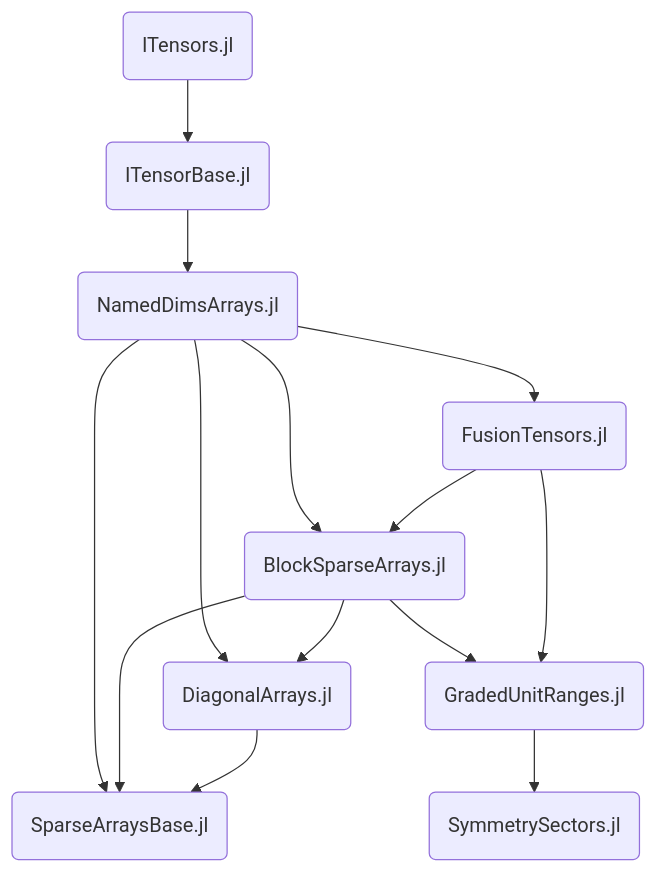
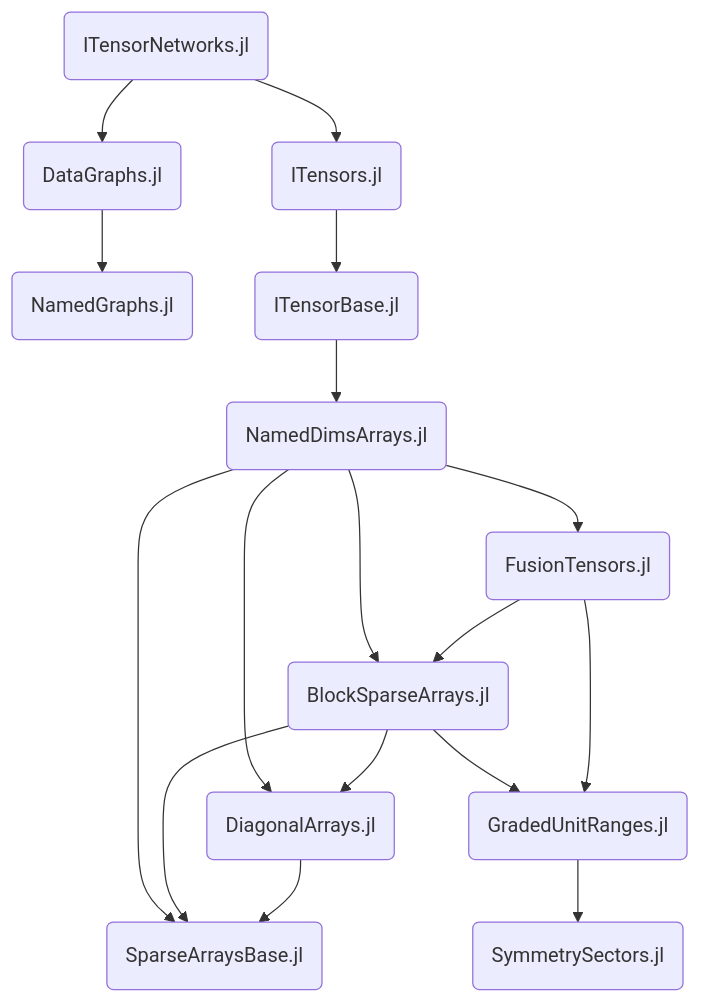
The diagram in docs/src/ecosystem_overview.md (ITensor/ITensorDocsNext), drawn with Mermaid before and after one commit.

````diff
--- a/docs/src/ecosystem_overview.md
+++ b/docs/src/ecosystem_overview.md
@@ -3,16 +3,19 @@
 ```mermaid
 graph TD
-    ITensors(ITensors.jl) --> ITensorBase(ITensorBase.jl)
+    ITensorNetworks(ITensorNetworks.jl) --> ITensors(ITensors.jl)
+    ITensorNetworks --> DataGraphs(DataGraphs.jl)
+    DataGraphs --> NamedGraphs(NamedGraphs.jl)
+    ITensors --> ITensorBase(ITensorBase.jl)
     ITensorBase --> NamedDimsArrays(NamedDimsArrays.jl)
     NamedDimsArrays --> SparseArraysBase(SparseArraysBase.jl)
     NamedDimsArrays --> DiagonalArrays(DiagonalArrays.jl)
     NamedDimsArrays --> BlockSparseArrays(BlockSparseArrays.jl)
     NamedDimsArrays --> FusionTensors(FusionTensors.jl)
     BlockSparseArrays --> SparseArraysBase
     BlockSparseArrays --> DiagonalArrays
     BlockSparseArrays --> GradedUnitRanges(GradedUnitRanges.jl)
     DiagonalArrays --> SparseArraysBase
     FusionTensors --> BlockSparseArrays
     FusionTensors --> GradedUnitRanges
     GradedUnitRanges --> SymmetrySectors(SymmetrySectors.jl)
 ```
````
